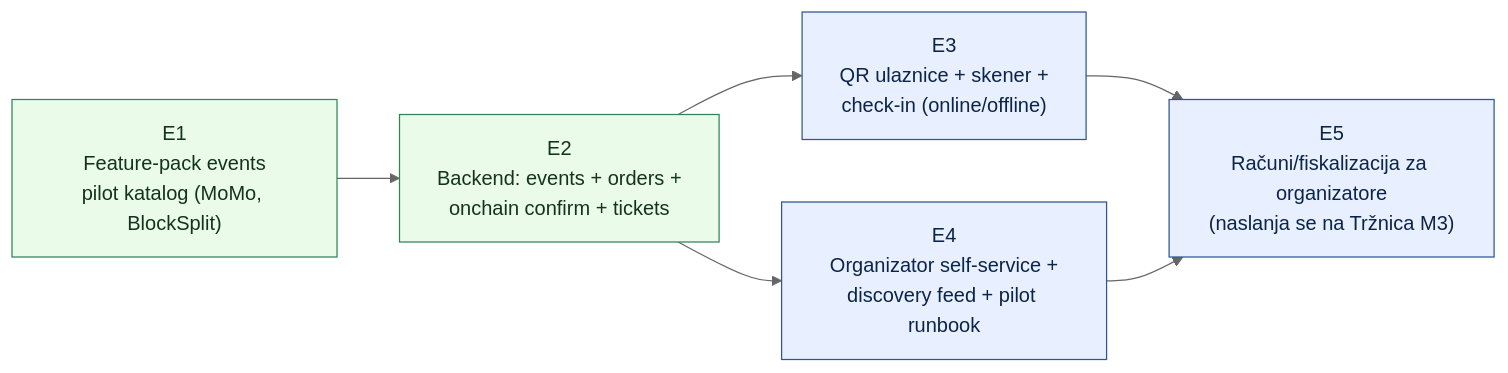
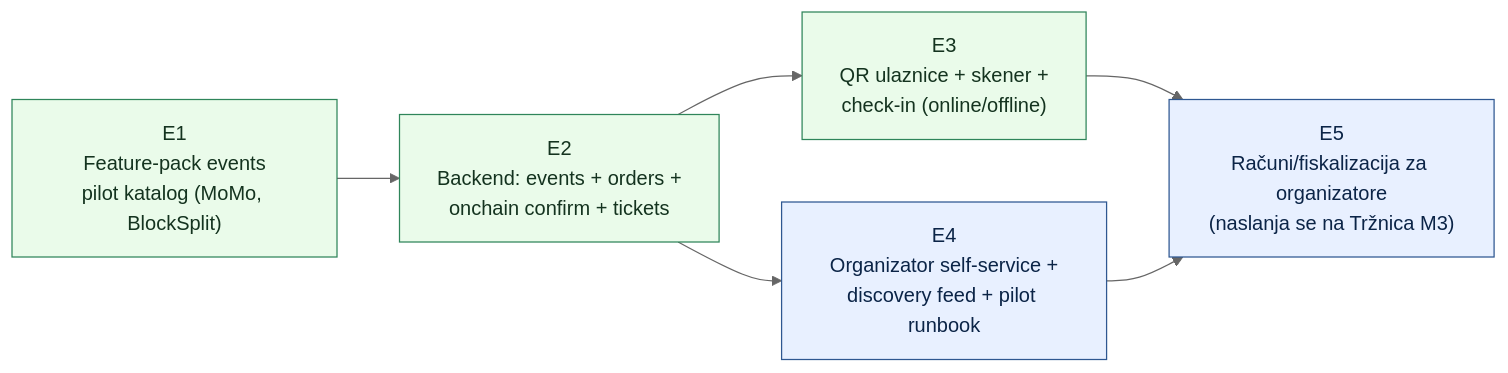
The fifth of 5 diagrams in docs/whitelabel-wallet/11-dogadjaji-p2p-ticketing.md (airkuna/safe-wallet-monorepo), drawn with Mermaid (neutral theme) before and after one commit. The commit also changed other lines of this file and 22 other files, not shown here.

````diff
--- a/docs/whitelabel-wallet/11-dogadjaji-p2p-ticketing.md
+++ b/docs/whitelabel-wallet/11-dogadjaji-p2p-ticketing.md
@@ -221,13 +221,13 @@
 ```mermaid
 flowchart LR
   E1["E1<br/>Feature-pack events<br/>pilot katalog (MoMo, BlockSplit)"] --> E2["E2<br/>Backend: events + orders +<br/>onchain confirm + tickets"]
   E2 --> E3["E3<br/>QR ulaznice + skener +<br/>check-in (online/offline)"]
   E2 --> E4["E4<br/>Organizator self-service +<br/>discovery feed + pilot runbook"]
   E3 --> E5["E5<br/>Računi/fiskalizacija za organizatore<br/>(naslanja se na Tržnica M3)"]
   E4 --> E5
 
   classDef done fill:#eafbea,stroke:#2f855a,color:#14331f
   classDef todo fill:#e8f0ff,stroke:#2e5791,color:#0b2447
-  class E1,E2 done
-  class E3,E4,E5 todo
+  class E1,E2,E3 done
+  class E4,E5 todo
 ```
````
